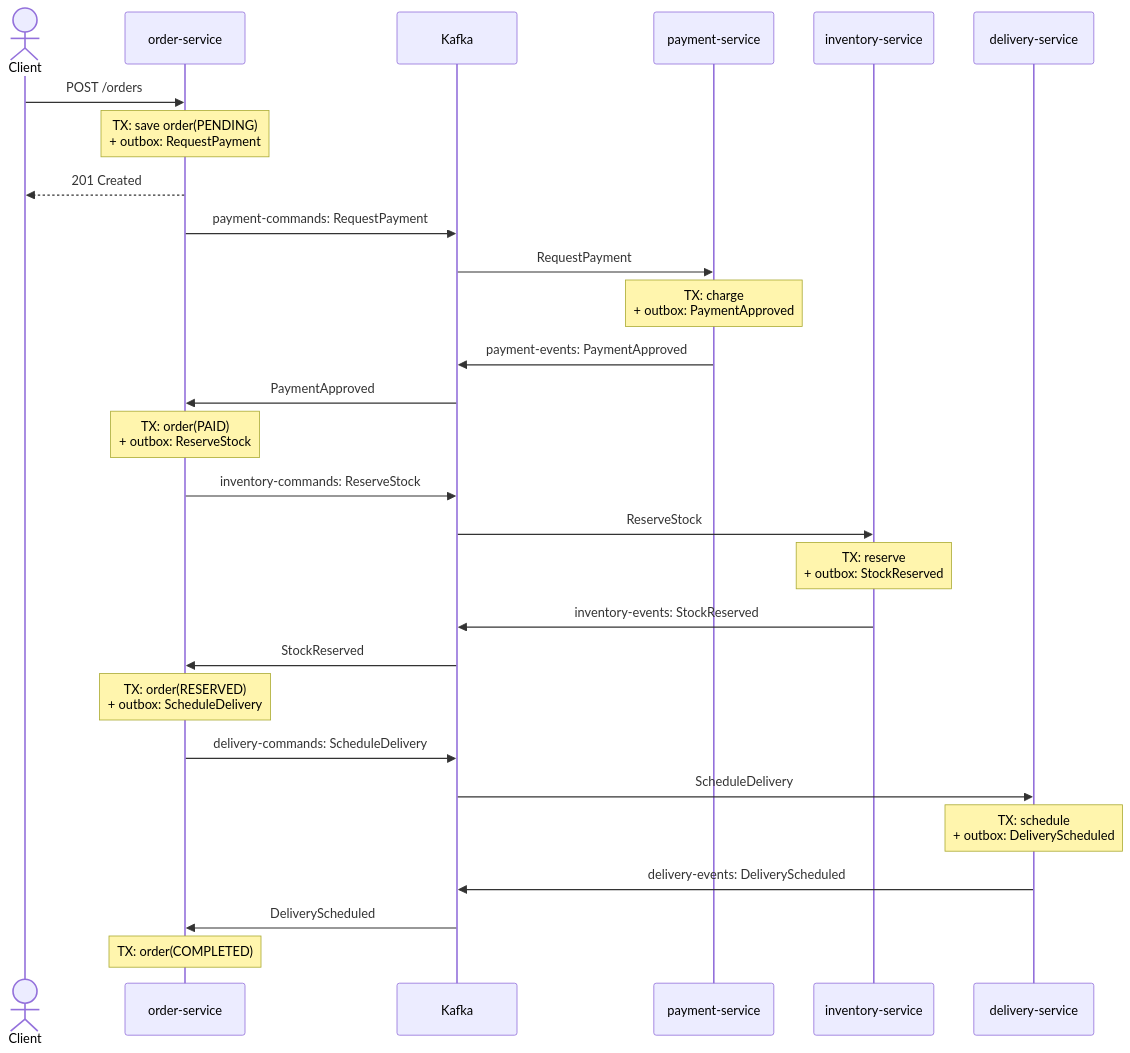
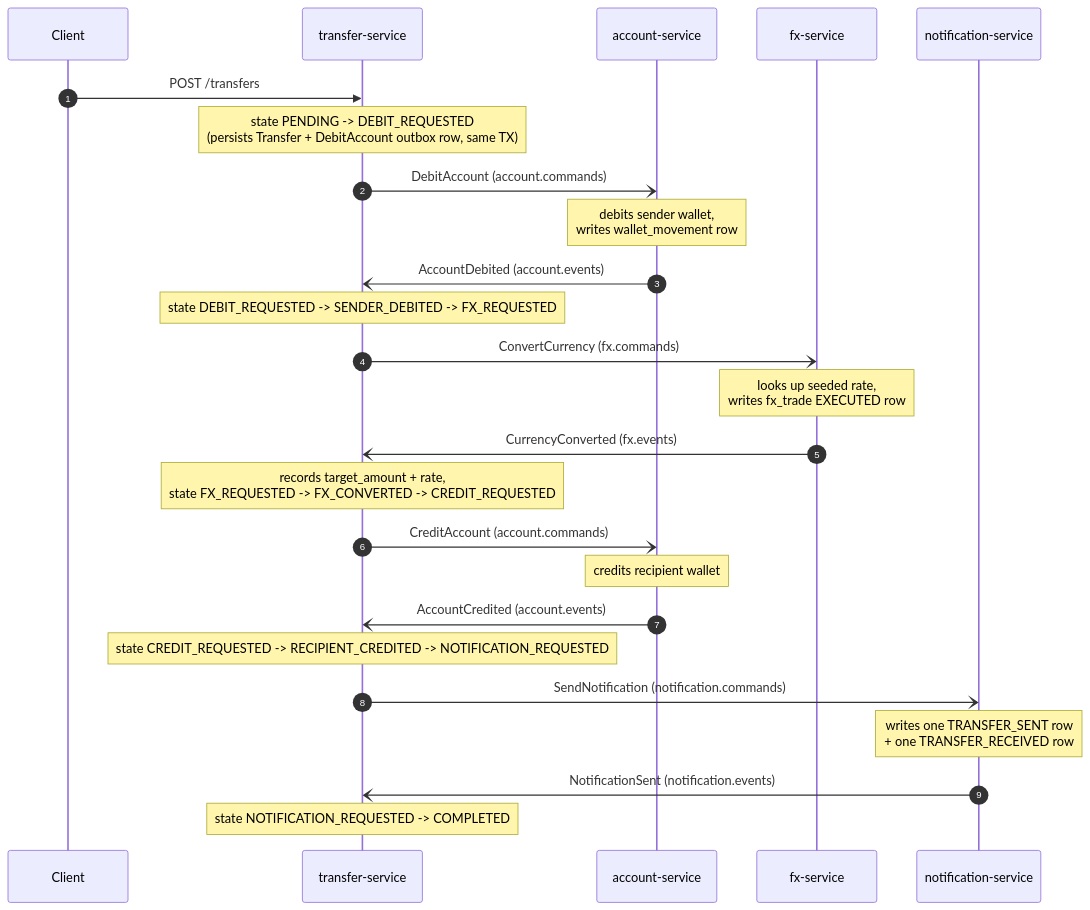
The second of 4 diagrams in docs/architecture.md (alabenkhlifa/outbox-saga-lab), drawn with Mermaid before and after one commit. The commit also changed other lines of this file, not shown here.

Commit message:
Rewrite architecture.md for banking domain (saga + compensation diagrams)

````diff
--- a/docs/architecture.md
+++ b/docs/architecture.md
@@ -65,35 +38,33 @@
 ```mermaid
 sequenceDiagram
-    actor Client
-    participant Order as order-service
-    participant K as Kafka
-    participant Pay as payment-service
-    participant Inv as inventory-service
-    participant Del as delivery-service
+    autonumber
+    participant Client
+    participant Transfer as transfer-service
+    participant Account as account-service
+    participant Fx as fx-service
+    participant Notif as notification-service
 
-    Client->>Order: POST /orders
-    Note over Order: TX: save order(PENDING)<br/>+ outbox: RequestPayment
-    Order-->>Client: 201 Created
+    Client->>Transfer: POST /transfers
+    Note over Transfer: state PENDING -> DEBIT_REQUESTED<br/>(persists Transfer + DebitAccount outbox row, same TX)
 
-    Order->>K: payment-commands: RequestPayment
-    K->>Pay: RequestPayment
-    Note over Pay: TX: charge<br/>+ outbox: PaymentApproved
-    Pay->>K: payment-events: PaymentApproved
-    K->>Order: PaymentApproved
+    Transfer-)Account: DebitAccount (account.commands)
+    Note over Account: debits sender wallet,<br/>writes wallet_movement row
+    Account-)Transfer: AccountDebited (account.events)
 
-    Note over Order: TX: order(PAID)<br/>+ outbox: ReserveStock
-    Order->>K: inventory-commands: ReserveStock
-    K->>Inv: ReserveStock
-    Note over Inv: TX: reserve<br/>+ outbox: StockReserved
-    Inv->>K: inventory-events: StockReserved
-    K->>Order: StockReserved
+    Note over Transfer: state DEBIT_REQUESTED -> SENDER_DEBITED -> FX_REQUESTED
+    Transfer-)Fx: ConvertCurrency (fx.commands)
+    Note over Fx: looks up seeded rate,<br/>writes fx_trade EXECUTED row
+    Fx-)Transfer: CurrencyConverted (fx.events)
 
-    Note over Order: TX: order(RESERVED)<br/>+ outbox: ScheduleDelivery
-    Order->>K: delivery-commands: ScheduleDelivery
-    K->>Del: ScheduleDelivery
-    Note over Del: TX: schedule<br/>+ outbox: DeliveryScheduled
-    Del->>K: delivery-events: DeliveryScheduled
-    K->>Order: DeliveryScheduled
+    Note over Transfer: records target_amount + rate,<br/>state FX_REQUESTED -> FX_CONVERTED -> CREDIT_REQUESTED
+    Transfer-)Account: CreditAccount (account.commands)
+    Note over Account: credits recipient wallet
+    Account-)Transfer: AccountCredited (account.events)
 
-    Note over Order: TX: order(COMPLETED)
+    Note over Transfer: state CREDIT_REQUESTED -> RECIPIENT_CREDITED -> NOTIFICATION_REQUESTED
+    Transfer-)Notif: SendNotification (notification.commands)
+    Note over Notif: writes one TRANSFER_SENT row<br/>+ one TRANSFER_RECEIVED row
+    Notif-)Transfer: NotificationSent (notification.events)
+
+    Note over Transfer: state NOTIFICATION_REQUESTED -> COMPLETED
 ```
````
